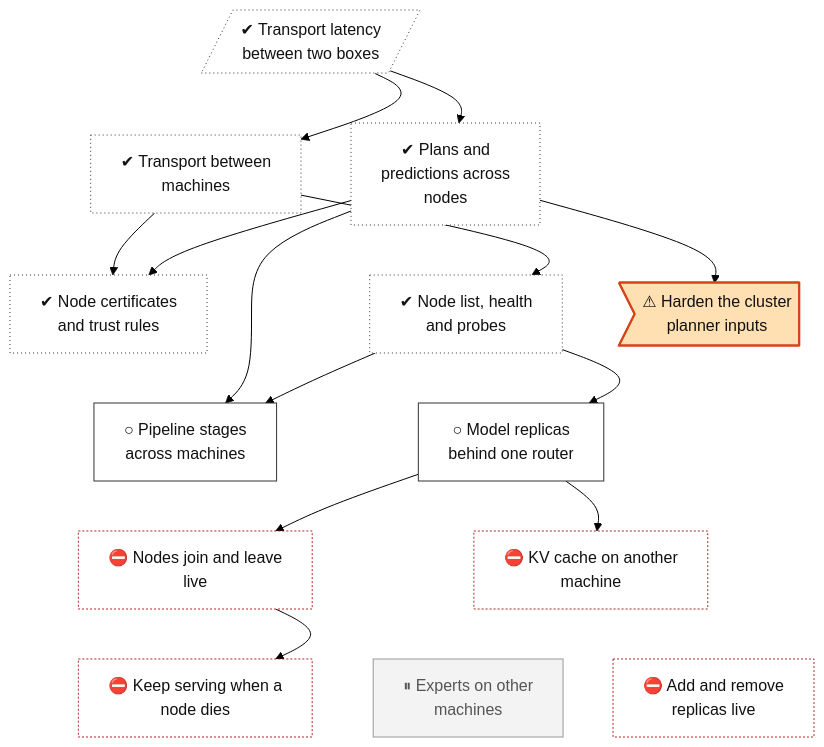
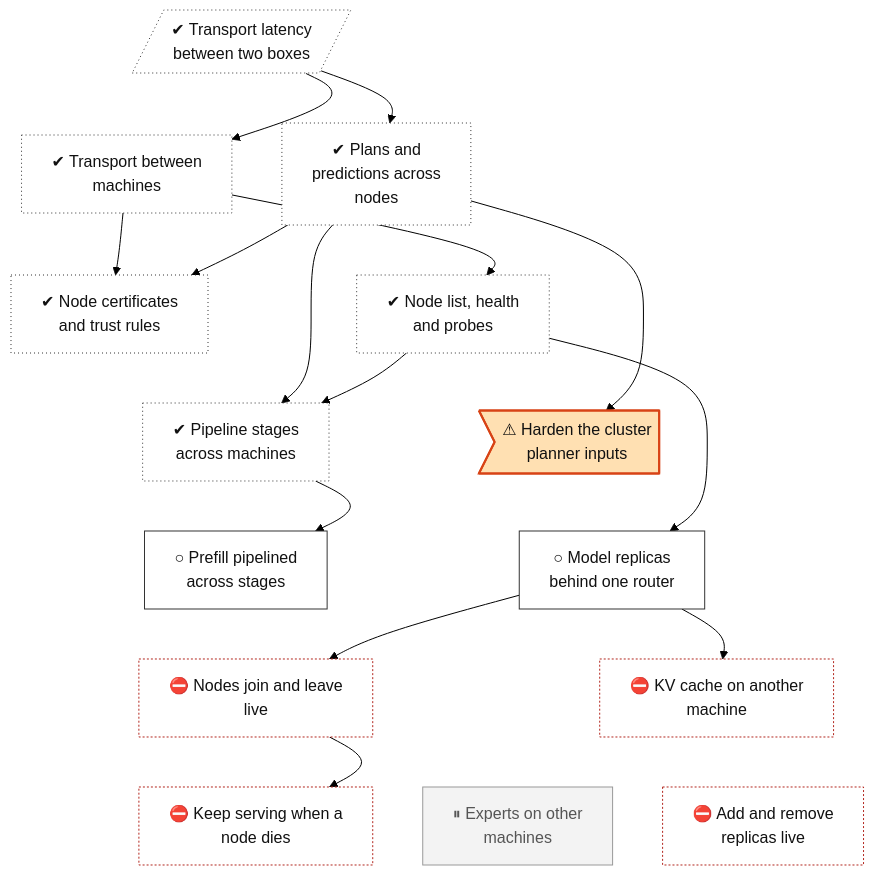
Before and after one commit to lhns/tetraeder: the diagram in docs/roadmap/tracks/cluster.md, drawn with Mermaid (forest theme). The commit also changed other lines of this file and 5 other files, not shown here.

Commit message:
Phase 6 step 4, ADR 0091: tree node cluster-pipeline-nodes done (CI run 45321864540), pipelined prefill next; not measured

````diff
--- a/docs/roadmap/tracks/cluster.md
+++ b/docs/roadmap/tracks/cluster.md
@@ -10,60 +10,62 @@
 ```mermaid
 flowchart TB
     cluster_transport_wan[/"✔ Transport latency<br/>between two boxes"/]
     cluster_transport["✔ Transport between<br/>machines"]
     cluster_planner["✔ Plans and<br/>predictions across<br/>nodes"]
     cluster_mtls["✔ Node certificates<br/>and trust rules"]
     cluster_discovery["✔ Node list, health<br/>and probes"]
+    cluster_pipeline_nodes["✔ Pipeline stages<br/>across machines"]
     cluster_planner_hardening>"⚠ Harden the cluster<br/>planner inputs"]
-    cluster_pipeline_nodes["○ Pipeline stages<br/>across machines"]
+    cluster_pipeline_prefill["○ Prefill pipelined<br/>across stages"]
     cluster_replicas["○ Model replicas<br/>behind one router"]
     cluster_join_leave["⛔ Nodes join and leave<br/>live"]
     cluster_remote_kv["⛔ KV cache on another<br/>machine"]
     cluster_failover["⛔ Keep serving when a<br/>node dies"]
     cluster_experts_nodes["⏸ Experts on other<br/>machines"]
     cluster_replica_scaling["⛔ Add and remove<br/>replicas live"]
     cluster_transport_wan ~~~ cluster_transport
     cluster_transport_wan ~~~ cluster_planner
     cluster_transport ~~~ cluster_mtls
     cluster_planner ~~~ cluster_discovery
-    cluster_planner ~~~ cluster_planner_hardening
     cluster_mtls ~~~ cluster_pipeline_nodes
-    cluster_discovery ~~~ cluster_replicas
+    cluster_discovery ~~~ cluster_planner_hardening
+    cluster_pipeline_nodes ~~~ cluster_pipeline_prefill
     cluster_planner_hardening ~~~ cluster_replicas
-    cluster_pipeline_nodes ~~~ cluster_join_leave
+    cluster_pipeline_prefill ~~~ cluster_join_leave
     cluster_replicas ~~~ cluster_remote_kv
     cluster_join_leave ~~~ cluster_failover
     cluster_remote_kv ~~~ cluster_experts_nodes
     cluster_remote_kv ~~~ cluster_replica_scaling
     cluster_transport_wan --> cluster_transport
     cluster_transport_wan --> cluster_planner
     cluster_transport --> cluster_mtls
     cluster_planner --> cluster_mtls
     cluster_transport --> cluster_discovery
-    cluster_planner --> cluster_planner_hardening
     cluster_planner --> cluster_pipeline_nodes
     cluster_discovery --> cluster_pipeline_nodes
+    cluster_planner --> cluster_planner_hardening
+    cluster_pipeline_nodes --> cluster_pipeline_prefill
     cluster_discovery --> cluster_replicas
     cluster_replicas --> cluster_join_leave
     cluster_replicas --> cluster_remote_kv
     cluster_join_leave --> cluster_failover
     classDef vsucc fill:#2e9e4f,stroke:#1b6b34,color:#fff
     classDef succ fill:#bfe8c8,stroke:#2e9e4f,color:#111
     classDef mixed fill:#ffd37a,stroke:#c98a00,color:#111
     classDef bad fill:#f28b82,stroke:#b3261e,color:#111
     classDef dead fill:#e6e6e6,stroke:#777,stroke-dasharray:5 5,color:#555
     classDef inprog fill:#a8cdf5,stroke:#1f6fc5,color:#111
     classDef next fill:#fff,stroke:#333,color:#111
     classDef blocked fill:#fff,stroke:#b3261e,stroke-dasharray:2 2,color:#111
     classDef parked fill:#f3f3f3,stroke:#999,color:#555
     classDef unrated fill:#fff,stroke:#333,stroke-dasharray:1 3,color:#111
     classDef gate fill:#d9c2f0,stroke:#7b3fb5,color:#111
     classDef decided fill:#ece0f7,stroke:#7b3fb5,stroke-dasharray:2 2,color:#111
     classDef finding fill:#ffe0b2,stroke:#d84315,stroke-width:2px,color:#111
     classDef waiting fill:#e3f2fd,stroke:#1f6fc5,stroke-dasharray:5 5,color:#111
-    class cluster_transport_wan,cluster_transport,cluster_planner,cluster_mtls,cluster_discovery unrated
+    class cluster_transport_wan,cluster_transport,cluster_planner,cluster_mtls,cluster_discovery,cluster_pipeline_nodes unrated
     class cluster_planner_hardening finding
-    class cluster_pipeline_nodes,cluster_replicas next
+    class cluster_pipeline_prefill,cluster_replicas next
     class cluster_join_leave,cluster_remote_kv,cluster_failover,cluster_replica_scaling blocked
     class cluster_experts_nodes parked
 ```
````
